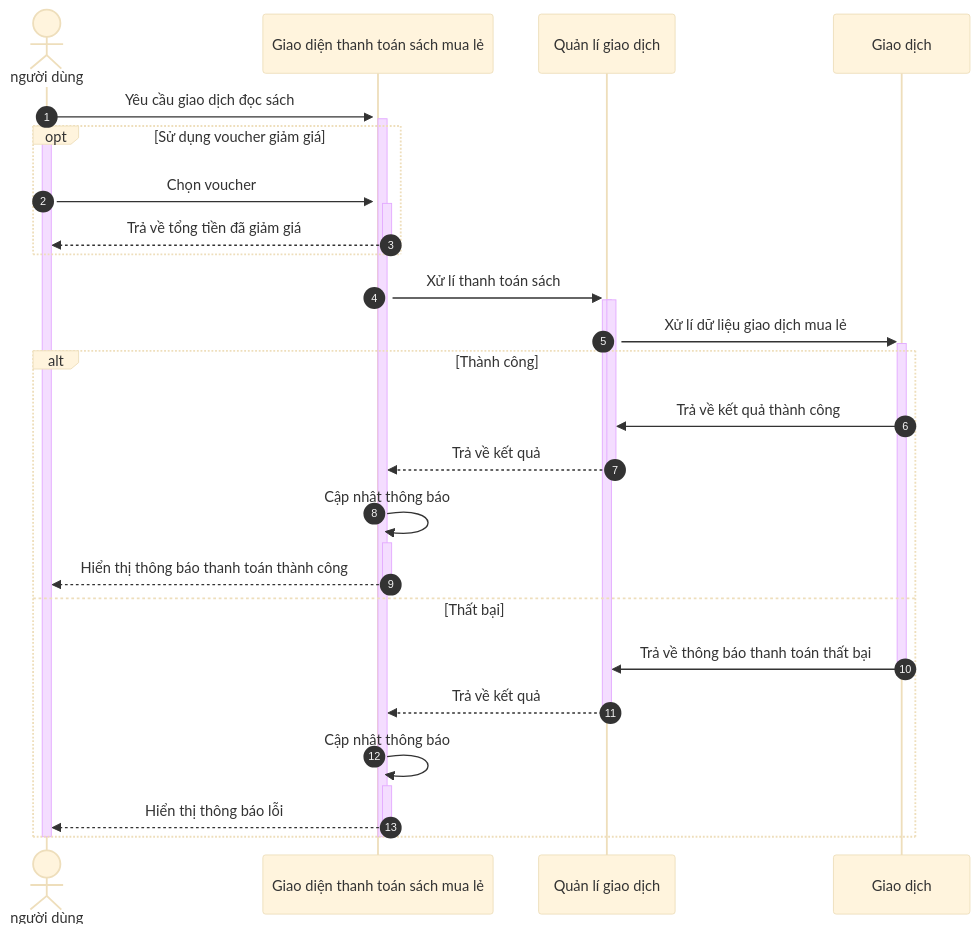
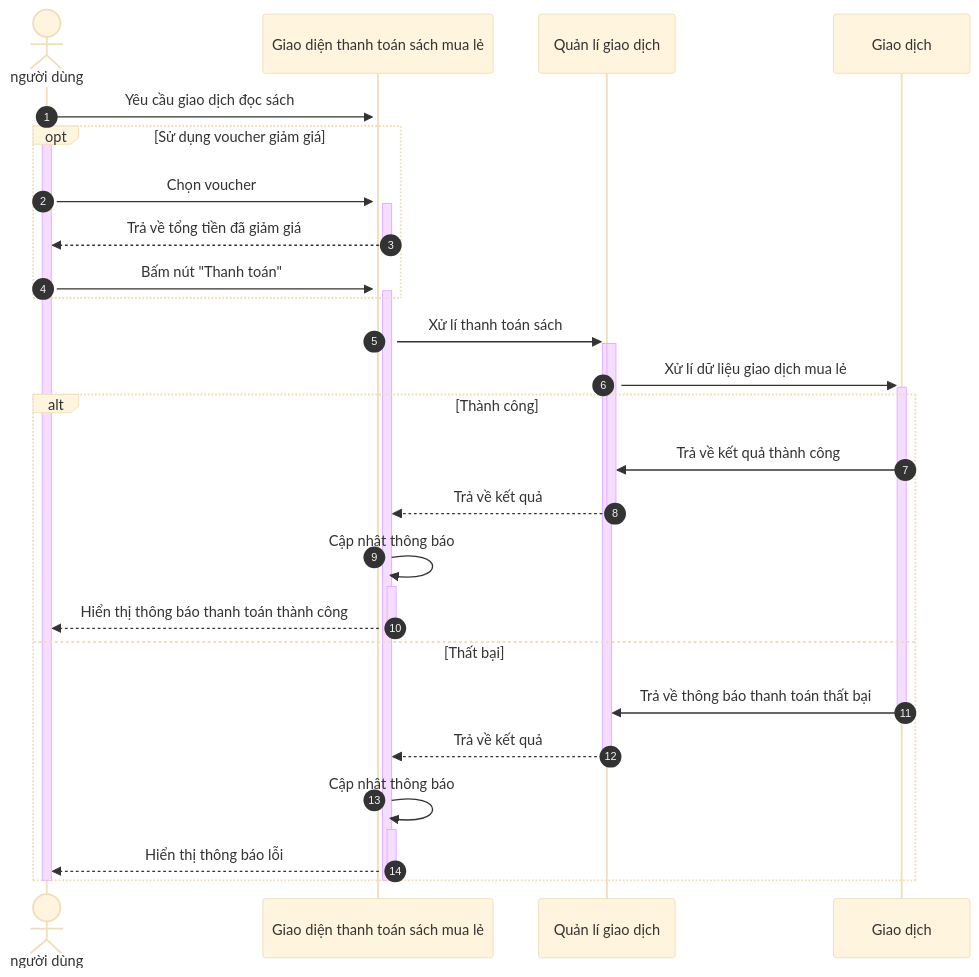
One commit to LienNTB/sequence-Mori changed the diagram in .document/sequence_KLTN/NguoiDung/ThanhToan/ThanhToanMuaLe.md. Above: the diagram before and after it, drawn with Mermaid (base theme). The commit also changed 3 other files, not shown here.

````diff
--- a/.document/sequence_KLTN/NguoiDung/ThanhToan/ThanhToanMuaLe.md
+++ b/.document/sequence_KLTN/NguoiDung/ThanhToan/ThanhToanMuaLe.md
@@ -1,33 +1,34 @@
 ```mermaid
 sequenceDiagram
 actor user as người dùng
 participant ui as Giao diện thanh toán sách mua lẻ
 participant manage as Quản lí giao dịch
 participant db as Giao dịch
 autonumber
 
 user->>+ui: Yêu cầu giao dịch đọc sách
 activate user
 activate ui
 opt Sử dụng voucher giảm giá
 user->>+ui: Chọn voucher
 ui-->>-user: Trả về tổng tiền đã giảm giá
+user->>+ui: Bấm nút "Thanh toán"
 end
 ui->>+manage: Xử lí thanh toán sách
 activate manage
 manage->>+db: Xử lí dữ liệu giao dịch mua lẻ
 alt Thành công
 db->>manage:Trả về kết quả thành công
 manage-->>-ui:Trả về kết quả
 ui->>+ui: Cập nhật thông báo
 ui-->>-user: Hiển thị thông báo thanh toán thành công
 else Thất bại
 db->>-manage:Trả về thông báo thanh toán thất bại
 manage-->>-ui:Trả về kết quả
 ui->>+ui: Cập nhật thông báo
 ui-->>-user: Hiển thị thông báo lỗi
 end
 deactivate ui
 deactivate user
 
 ```
````
